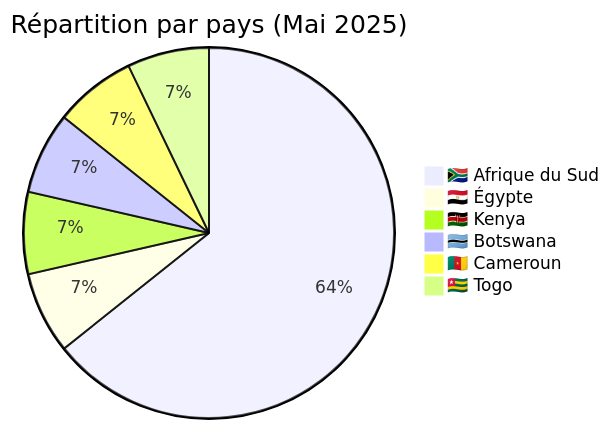
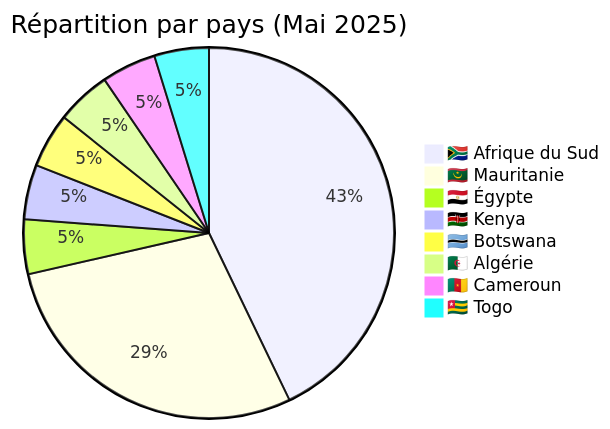
Before and after one commit to Hatchepsoute/AFRINTEL: the third of 4 diagrams in CyberAttackAfrica/2025/05-may/README_FR.md, drawn with Mermaid. The commit also changed other lines of this file and 255 other files, not shown here.

````diff
--- a/CyberAttackAfrica/2025/05-may/README_FR.md
+++ b/CyberAttackAfrica/2025/05-may/README_FR.md
@@ -82,9 +92,11 @@
 ```mermaid
 pie title Répartition par pays (Mai 2025)
     "🇿🇦 Afrique du Sud" : 9
+    "🇲🇷 Mauritanie" : 6
     "🇪🇬 Égypte" : 1
     "🇰🇪 Kenya" : 1
     "🇧🇼 Botswana" : 1
+    "🇩🇿 Algérie" : 1
     "🇨🇲 Cameroun" : 1
     "🇹🇬 Togo" : 1
 ```
````
